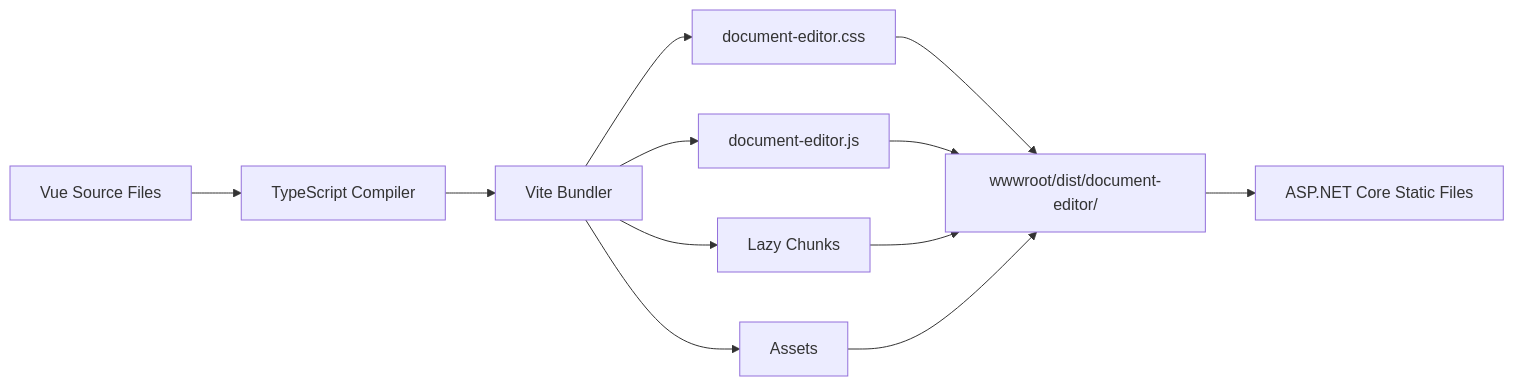
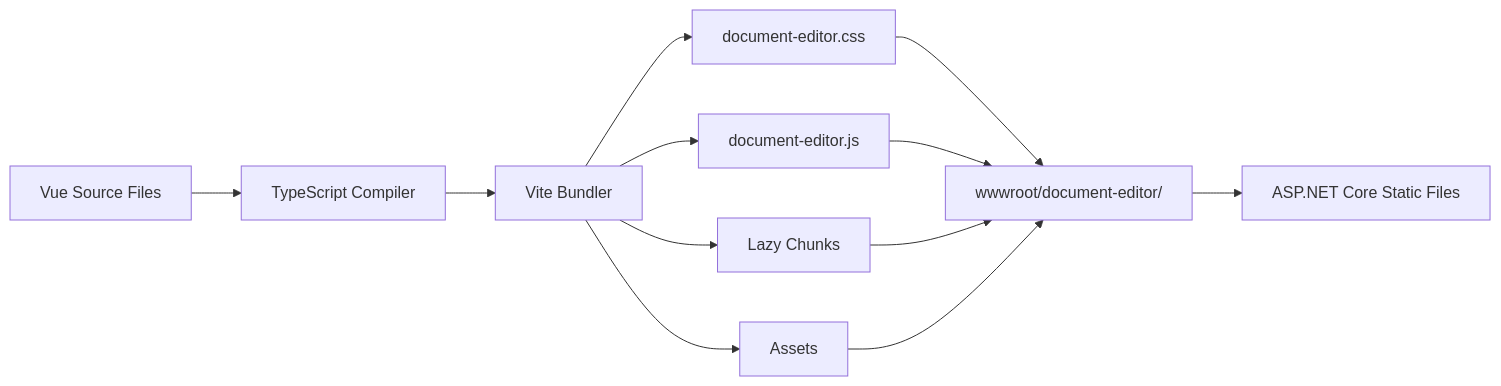
Before and after one commit to tn-ivk/tn-doc: the ninth of 10 diagrams in docs/architecture/document-editor.md, drawn with Mermaid. The commit also changed other lines of this file and 5 other files, not shown here.

````diff
--- a/docs/architecture/document-editor.md
+++ b/docs/architecture/document-editor.md
@@ -981,17 +981,17 @@
 ```mermaid
 flowchart LR
     Source[Vue Source Files] --> TypeScript[TypeScript Compiler]
     TypeScript --> Vite[Vite Bundler]
 
     Vite --> CSS[document-editor.css]
     Vite --> JS[document-editor.js]
     Vite --> Chunks[Lazy Chunks]
     Vite --> Assets[Assets]
 
-    CSS --> Output[wwwroot/dist/document-editor/]
+    CSS --> Output[wwwroot/document-editor/]
     JS --> Output
     Chunks --> Output
     Assets --> Output
 
     Output --> ASPNet[ASP.NET Core Static Files]
 ```
````
